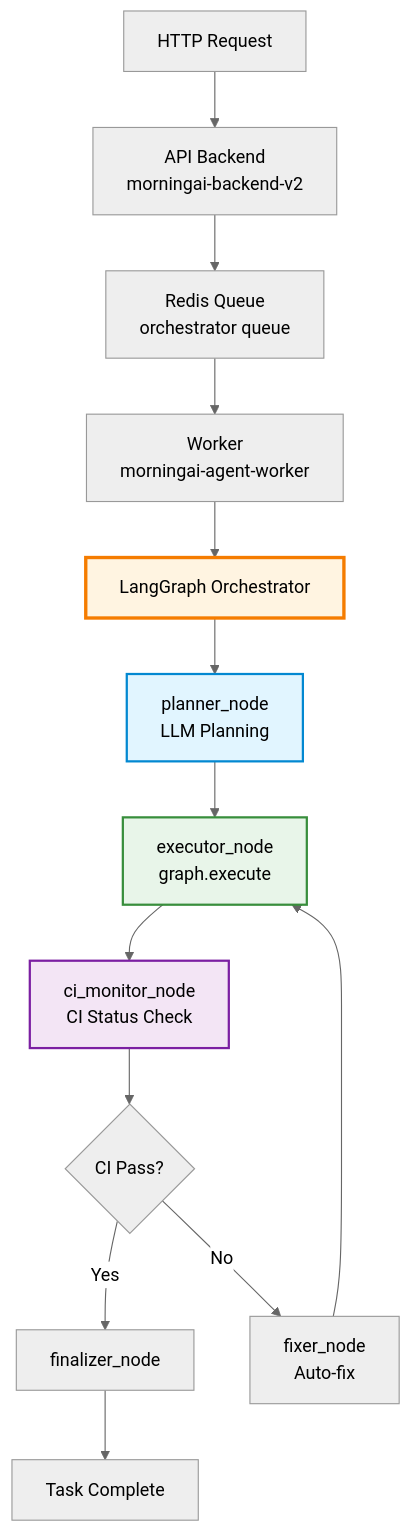
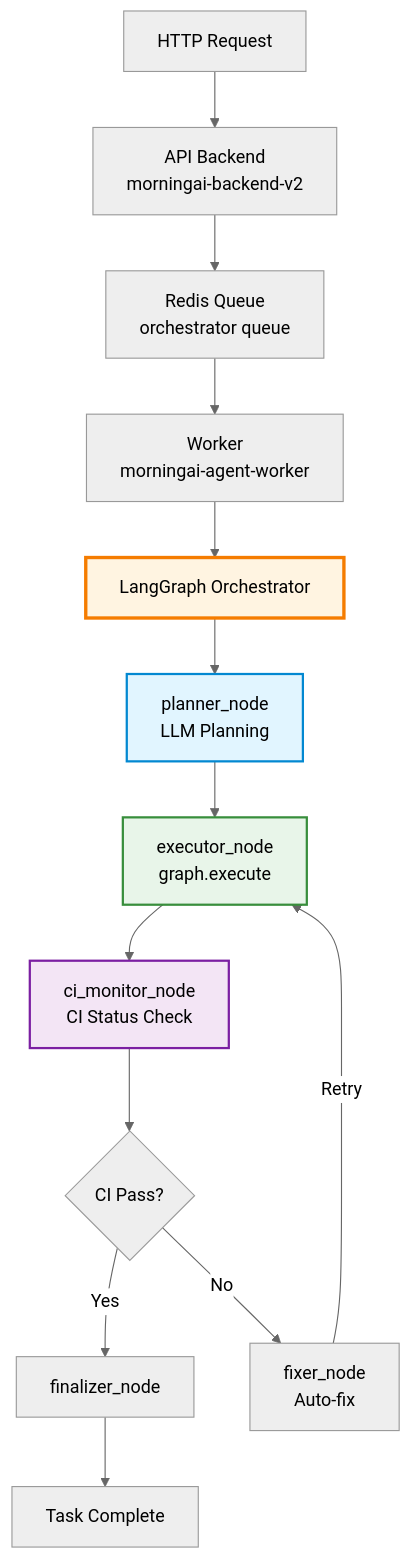
One commit to RC918/morningai changed the diagram in README.md. Above: the diagram before and after it, drawn with Mermaid (neutral theme). The commit also changed other lines of this file and 2 other files, not shown here.

Commit message:
fix: address PR review comments - clarify docstring, add diagram note, link CI workflows

````diff
--- a/README.md
+++ b/README.md
@@ -148,20 +150,20 @@
 ```mermaid
 graph TB
     A[HTTP Request] --> B[API Backend<br/>morningai-backend-v2]
     B --> C[Redis Queue<br/>orchestrator queue]
     C --> D[Worker<br/>morningai-agent-worker]
     D --> E[LangGraph Orchestrator]
     E --> F[planner_node<br/>LLM Planning]
     F --> G[executor_node<br/>graph.execute]
     G --> H[ci_monitor_node<br/>CI Status Check]
     H --> I{CI Pass?}
     I -->|Yes| J[finalizer_node]
     I -->|No| K[fixer_node<br/>Auto-fix]
-    K --> G
+    K -->|Retry| G
     J --> L[Task Complete]
     
     style E fill:#fff4e1,stroke:#f57c00,stroke-width:3px
     style G fill:#e8f5e9,stroke:#388e3c,stroke-width:2px
     style F fill:#e1f5ff,stroke:#0288d1,stroke-width:2px
     style H fill:#f3e5f5,stroke:#7b1fa2,stroke-width:2px
 ```
````
